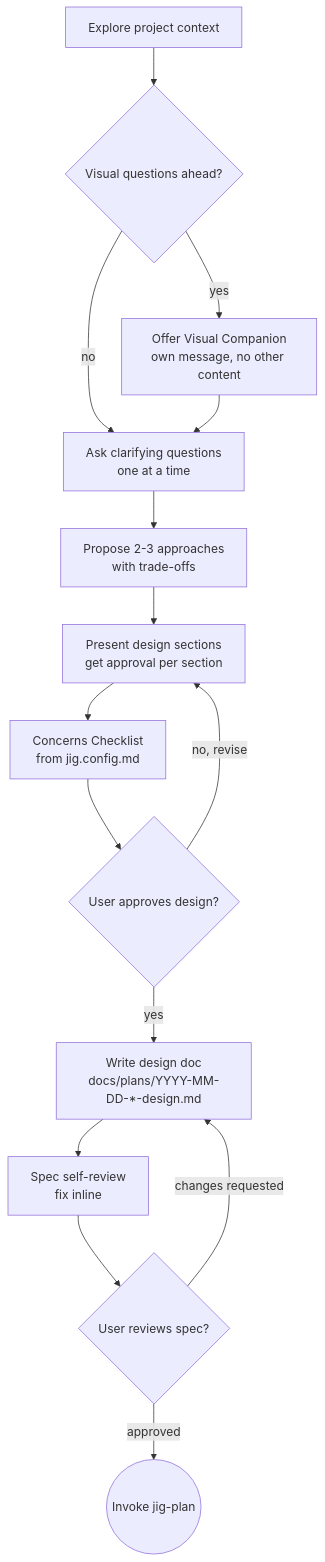
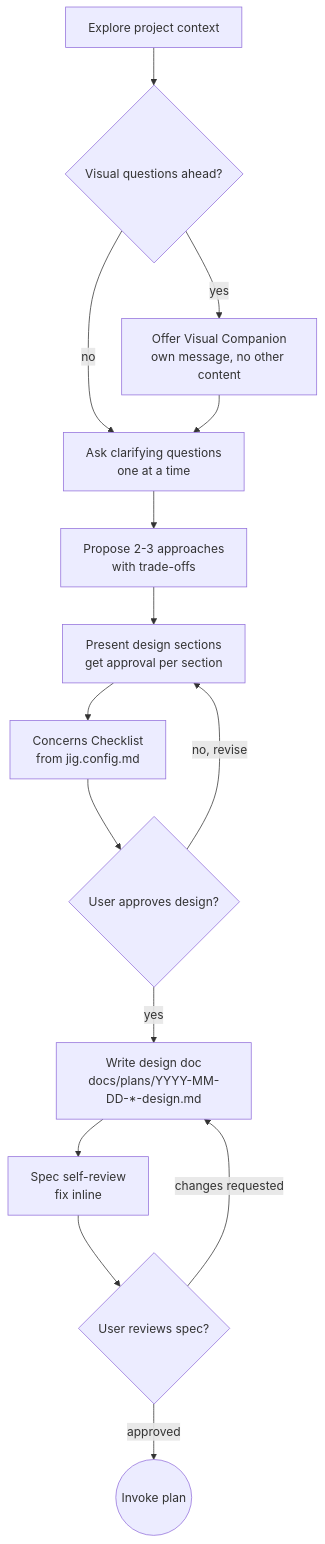
Before and after one commit to CasaPerks/casaflow: the diagram in core/skills/brainstorm/SKILL.md, drawn with Mermaid. The commit also changed other lines of this file and 29 other files, not shown here.

````diff
--- a/core/skills/brainstorm/SKILL.md
+++ b/core/skills/brainstorm/SKILL.md
@@ -68,17 +68,17 @@
 ```mermaid
 flowchart TD
     A[Explore project context] --> B{Visual questions ahead?}
     B -->|yes| C[Offer Visual Companion<br/>own message, no other content]
     B -->|no| D[Ask clarifying questions<br/>one at a time]
     C --> D
     D --> E[Propose 2-3 approaches<br/>with trade-offs]
     E --> F[Present design sections<br/>get approval per section]
     F --> G[Concerns Checklist<br/>from jig.config.md]
     G --> H{User approves design?}
     H -->|no, revise| F
     H -->|yes| I[Write design doc<br/>docs/plans/YYYY-MM-DD-*-design.md]
     I --> J[Spec self-review<br/>fix inline]
     J --> K{User reviews spec?}
     K -->|changes requested| I
-    K -->|approved| L((Invoke jig-plan))
+    K -->|approved| L((Invoke plan))
 ```
````
